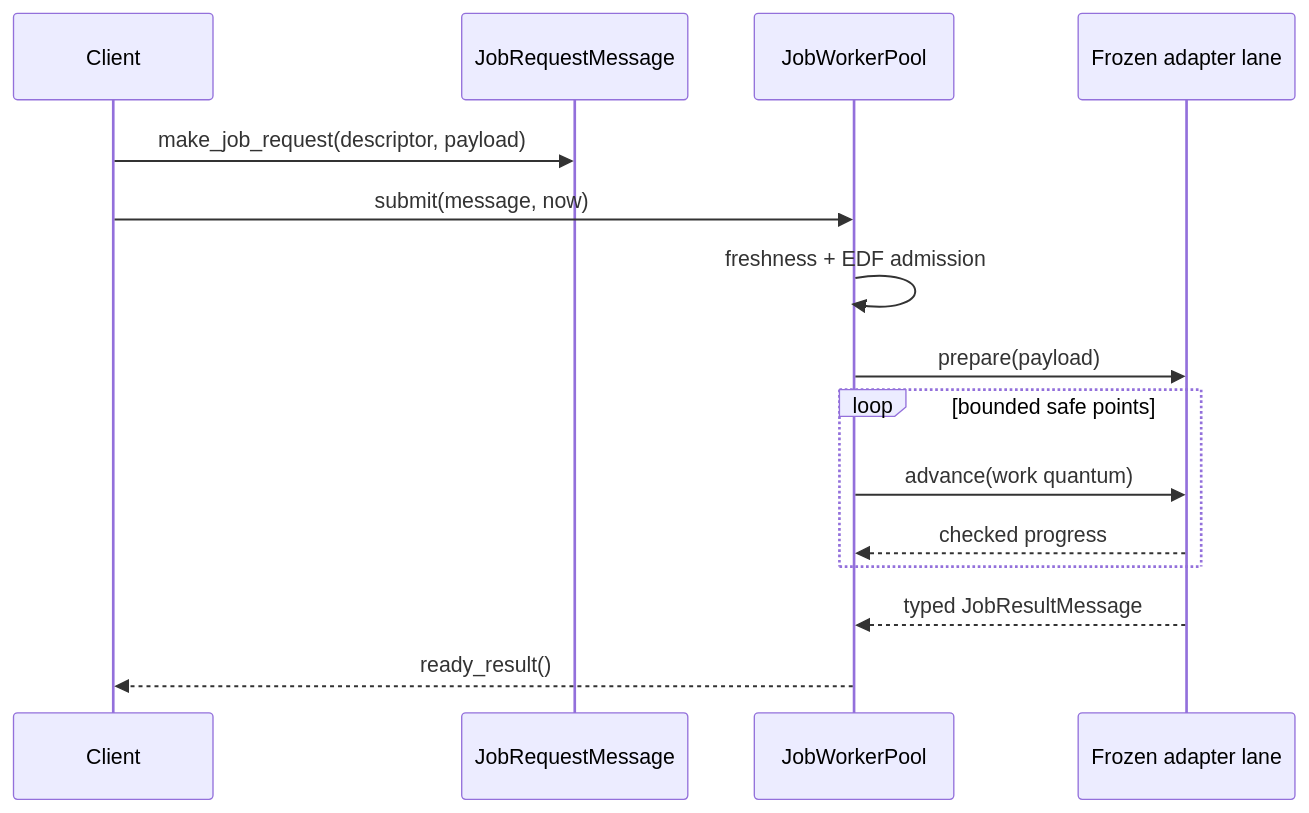
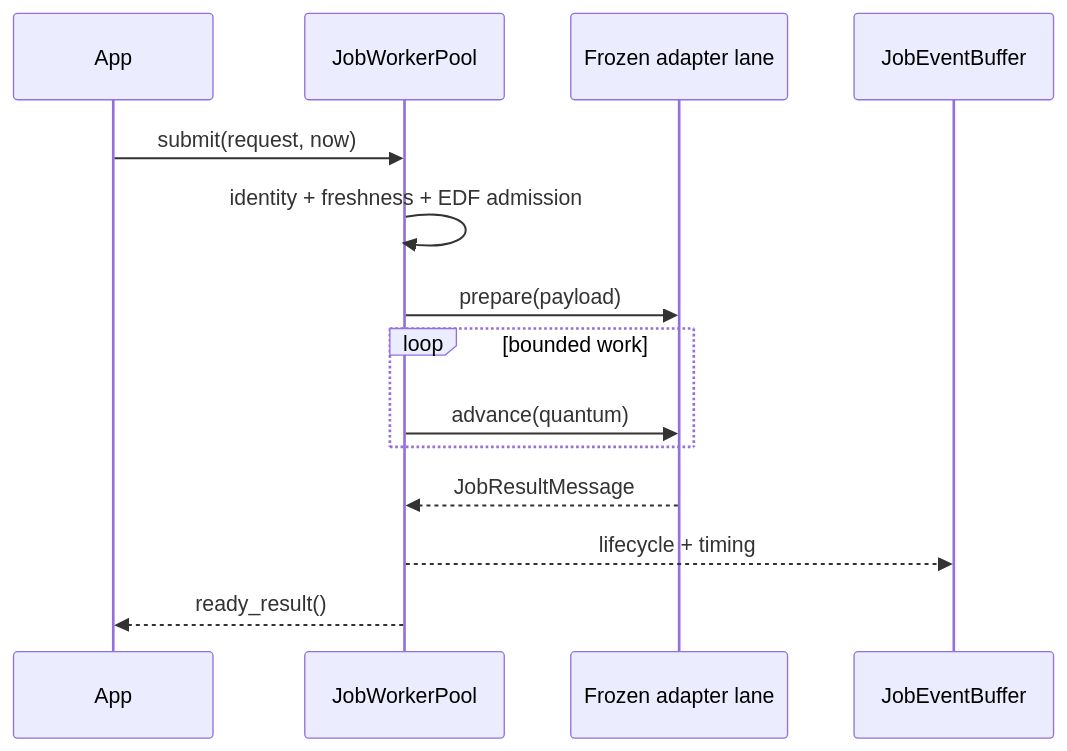
One commit to elprofesoriqo/FlowEdge changed the diagram in docs/guides/cooperative-jobs.md. Above: the diagram before and after it, drawn with Mermaid. The commit also changed other lines of this file and 29 other files, not shown here.

````diff
--- a/docs/guides/cooperative-jobs.md
+++ b/docs/guides/cooperative-jobs.md
@@ -124,17 +46,16 @@
 ```{mermaid}
 sequenceDiagram
-  participant Client
-  participant Message as JobRequestMessage
+  participant App
   participant Pool as JobWorkerPool
   participant Lane as Frozen adapter lane
-  Client->>Message: make_job_request(descriptor, payload)
-  Client->>Pool: submit(message, now)
-  Pool->>Pool: freshness + EDF admission
+  participant Events as JobEventBuffer
+  App->>Pool: submit(request, now)
+  Pool->>Pool: identity + freshness + EDF admission
   Pool->>Lane: prepare(payload)
-  loop bounded safe points
-    Pool->>Lane: advance(work quantum)
-    Lane-->>Pool: checked progress
+  loop bounded work
+    Pool->>Lane: advance(quantum)
   end
-  Lane-->>Pool: typed JobResultMessage
-  Pool-->>Client: ready_result()
+  Lane-->>Pool: JobResultMessage
+  Pool-->>Events: lifecycle + timing
+  Pool-->>App: ready_result()
 ```
````
